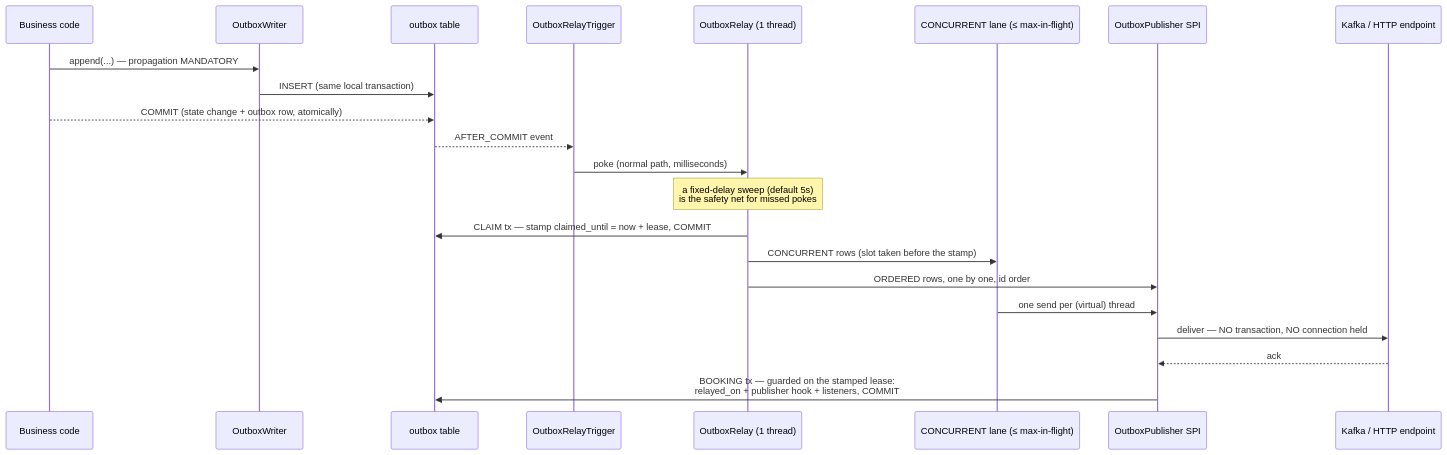
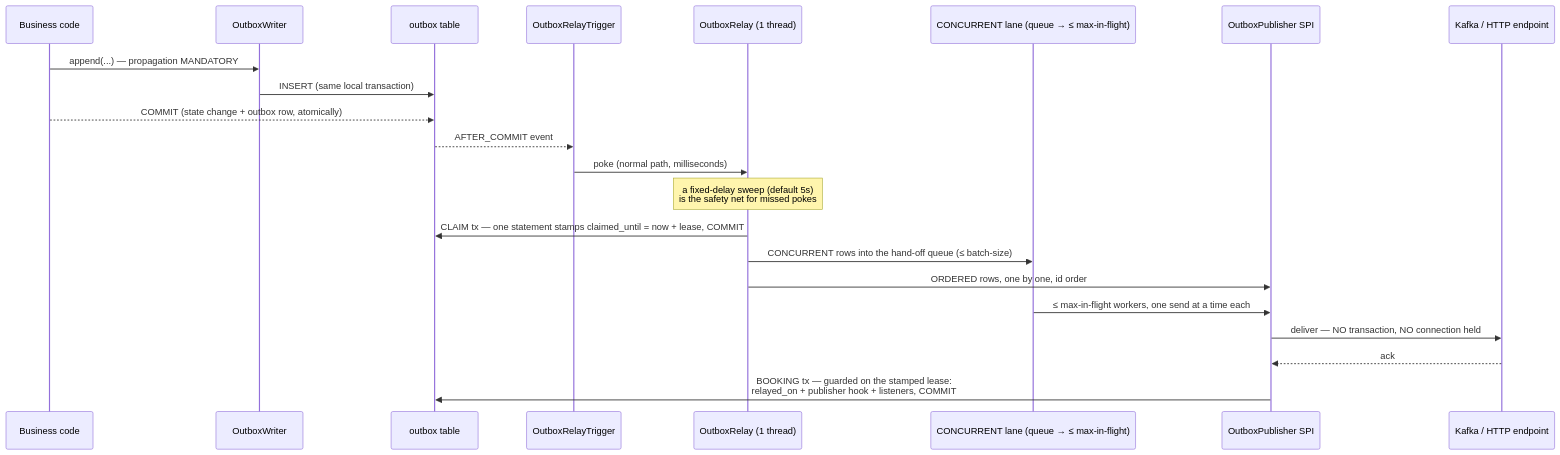
The third of 3 diagrams in README.md (opentmf/opentmf-outbox-service), drawn with Mermaid before and after one commit. The commit also changed other lines of this file and 26 other files, not shown here.

````diff
--- a/README.md
+++ b/README.md
@@ -96,25 +96,25 @@
 ```mermaid
 sequenceDiagram
     participant B as Business code
     participant W as OutboxWriter
     participant DB as outbox table
     participant T as OutboxRelayTrigger
     participant R as OutboxRelay (1 thread)
-    participant L as CONCURRENT lane (≤ max-in-flight)
+    participant L as CONCURRENT lane (queue → ≤ max-in-flight)
     participant Pub as OutboxPublisher SPI
     participant K as Kafka / HTTP endpoint
 
     B->>W: append(...) — propagation MANDATORY
     W->>DB: INSERT (same local transaction)
     B-->>DB: COMMIT (state change + outbox row, atomically)
     DB-->>T: AFTER_COMMIT event
     T->>R: poke (normal path, milliseconds)
     Note over R: a fixed-delay sweep (default 5s)<br/>is the safety net for missed pokes
-    R->>DB: CLAIM tx — stamp claimed_until = now + lease, COMMIT
-    R->>L: CONCURRENT rows (slot taken before the stamp)
+    R->>DB: CLAIM tx — one statement stamps claimed_until = now + lease, COMMIT
+    R->>L: CONCURRENT rows into the hand-off queue (≤ batch-size)
     R->>Pub: ORDERED rows, one by one, id order
-    L->>Pub: one send per (virtual) thread
+    L->>Pub: ≤ max-in-flight workers, one send at a time each
     Pub->>K: deliver — NO transaction, NO connection held
     K-->>Pub: ack
     Pub->>DB: BOOKING tx — guarded on the stamped lease:<br/>relayed_on + publisher hook + listeners, COMMIT
 ```
````
